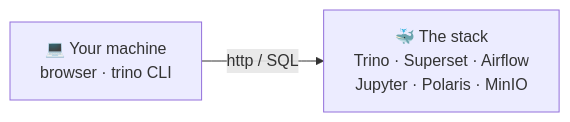
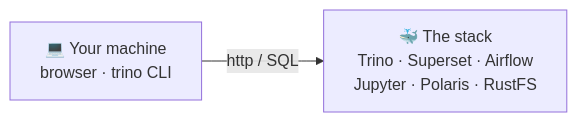
The diagram in training/docs/setup/prerequisites.md (maarthala/databrick-local-simulator), drawn with Mermaid before and after one commit. The commit also changed other lines of this file and 27 other files, not shown here.

````diff
--- a/training/docs/setup/prerequisites.md
+++ b/training/docs/setup/prerequisites.md
@@ -13,4 +13,4 @@
 ```mermaid
 flowchart LR
-  YOU["💻 Your machine<br/>browser · trino CLI"] -->|http / SQL| STACK["🐳 The stack<br/>Trino · Superset · Airflow<br/>Jupyter · Polaris · MinIO"]
+  YOU["💻 Your machine<br/>browser · trino CLI"] -->|http / SQL| STACK["🐳 The stack<br/>Trino · Superset · Airflow<br/>Jupyter · Polaris · RustFS"]
 ```
````
